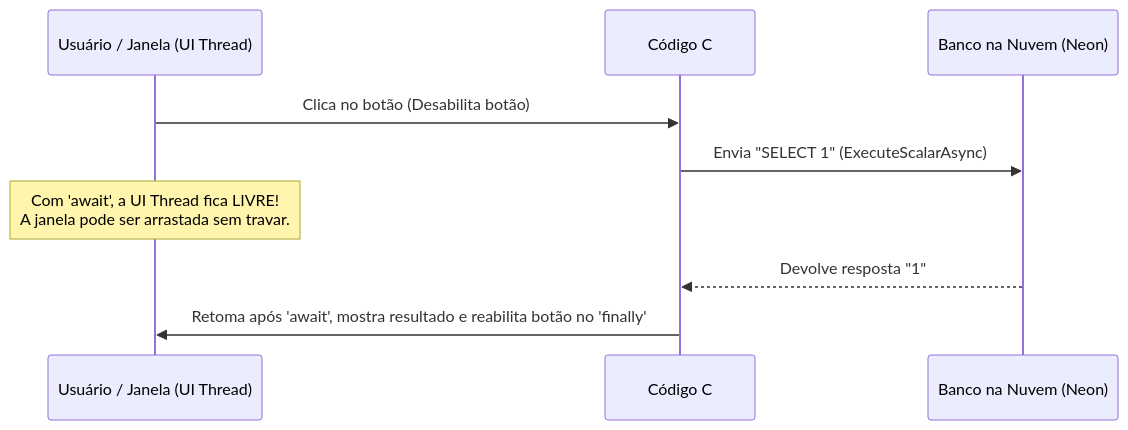
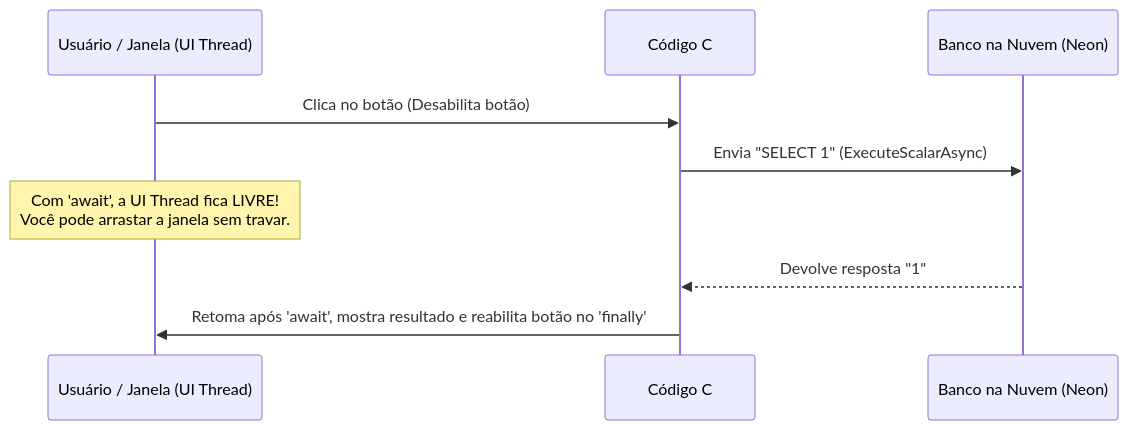
The diagram in 13-Conectando-Banco-Dados.md (diogofragoso/roteiro_de_aprendizagem_C-sharp), drawn with Mermaid before and after one commit. The commit also changed other lines of this file and 14 other files, not shown here.

````diff
--- a/13-Conectando-Banco-Dados.md
+++ b/13-Conectando-Banco-Dados.md
@@ -38,11 +33,11 @@
 ```mermaid
 sequenceDiagram
     participant U as Usuário / Janela (UI Thread)
     participant C as Código C# (await)
     participant B as Banco na Nuvem (Neon)
     U->>C: Clica no botão (Desabilita botão)
     C->>B: Envia "SELECT 1" (ExecuteScalarAsync)
-    Note over U: Com 'await', a UI Thread fica LIVRE!<br/>A janela pode ser arrastada sem travar.
+    Note over U: Com 'await', a UI Thread fica LIVRE!<br/>Você pode arrastar a janela sem travar.
     B-->>C: Devolve resposta "1"
     C->>U: Retoma após 'await', mostra resultado e reabilita botão no 'finally'
 ```
````
